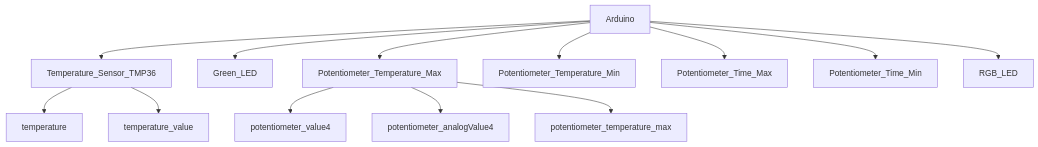
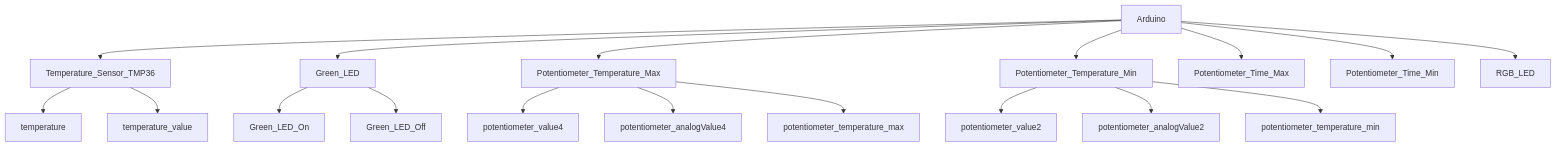
The second of 2 diagrams in README.md (arduino-core/Outdoor-Relay-Control), drawn with Mermaid before and after one commit.

````diff
--- a/README.md
+++ b/README.md
@@ -277,15 +277,20 @@
 ```mermaid
 graph TD;
     Arduino-->Temperature_Sensor_TMP36;
     Arduino-->Green_LED;
     Arduino-->Potentiometer_Temperature_Max;
     Arduino-->Potentiometer_Temperature_Min;
     Arduino-->Potentiometer_Time_Max;
     Arduino-->Potentiometer_Time_Min;
     Arduino-->RGB_LED;
     Temperature_Sensor_TMP36-->temperature;
     Temperature_Sensor_TMP36-->temperature_value;
+    Green_LED-->Green_LED_On;
+    Green_LED-->Green_LED_Off;
     Potentiometer_Temperature_Max-->potentiometer_value4;
     Potentiometer_Temperature_Max-->potentiometer_analogValue4;
     Potentiometer_Temperature_Max-->potentiometer_temperature_max;
+    Potentiometer_Temperature_Min-->potentiometer_value2;
+    Potentiometer_Temperature_Min-->potentiometer_analogValue2;
+    Potentiometer_Temperature_Min-->potentiometer_temperature_min;
 ```
````
